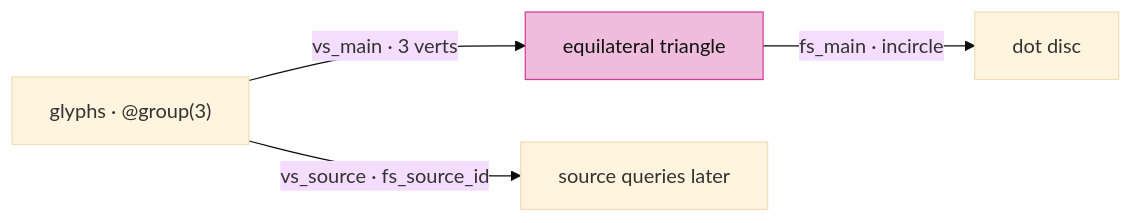
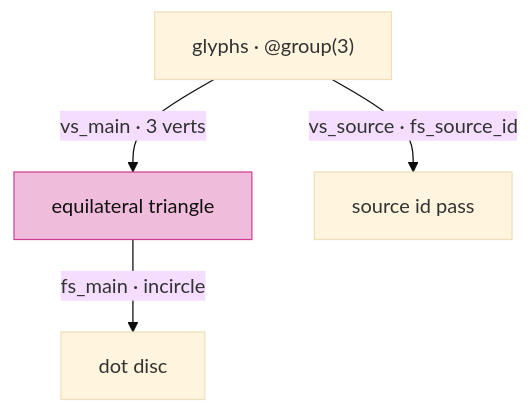
The fifth of 6 diagrams in session_viewer/docs/04c-markers.md (petrasvestartas/session), drawn with Mermaid (base theme) before and after one commit. The commit also changed other lines of this file and 34 other files, not shown here.

First line of the commit message:
Course: each lesson teaches its file's final form; diagrams fit the column

````diff
--- a/session_viewer/docs/04c-markers.md
+++ b/session_viewer/docs/04c-markers.md
@@ -97,7 +97,7 @@
 ```mermaid
-flowchart LR
+flowchart TB
     G["glyphs · @group(3)"] -- "vs_main · 3 verts" --> T["equilateral triangle"]
     T -- "fs_main · incircle" --> D["dot disc"]
-    G -- "vs_source · fs_source_id" --> S["source queries later"]
+    G -- "vs_source · fs_source_id" --> S["source id pass"]
     style T fill:#f0bcdb,stroke:#ce4095,color:#111
 ```
````
